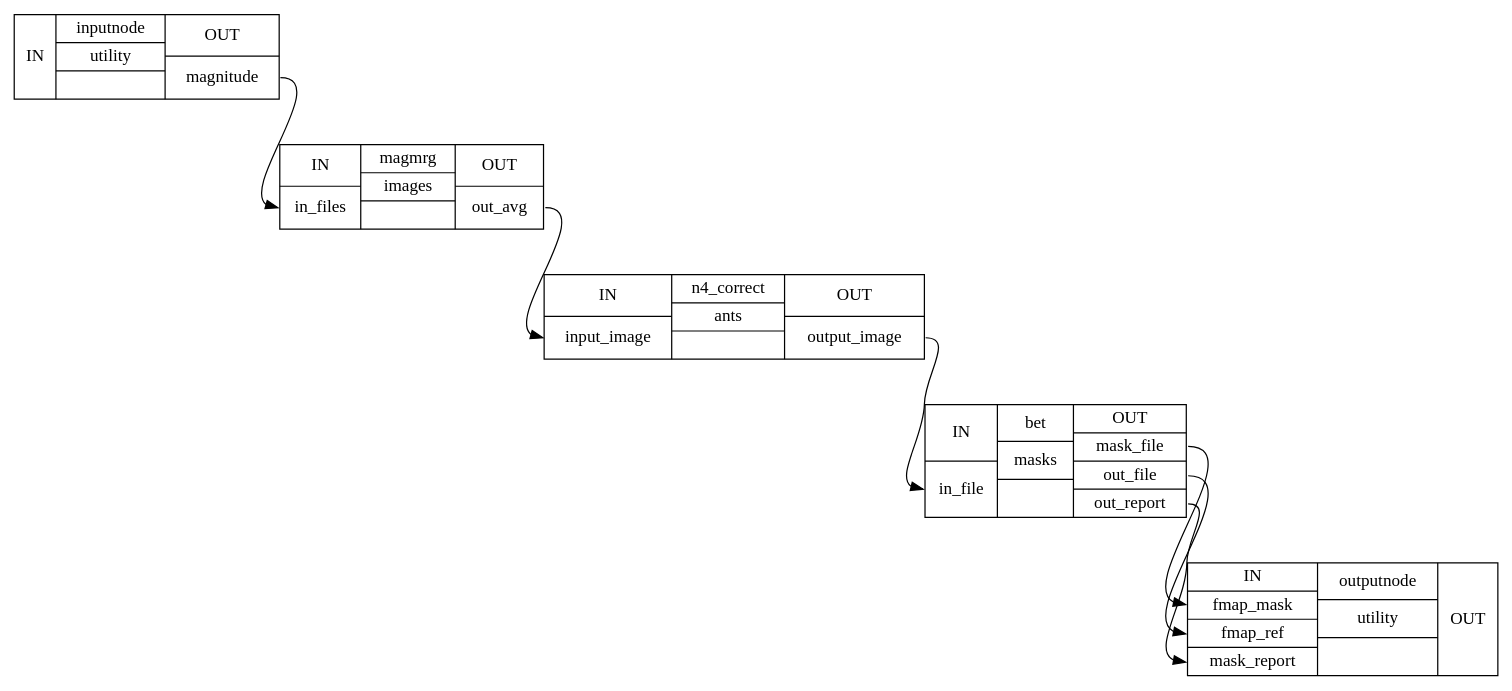
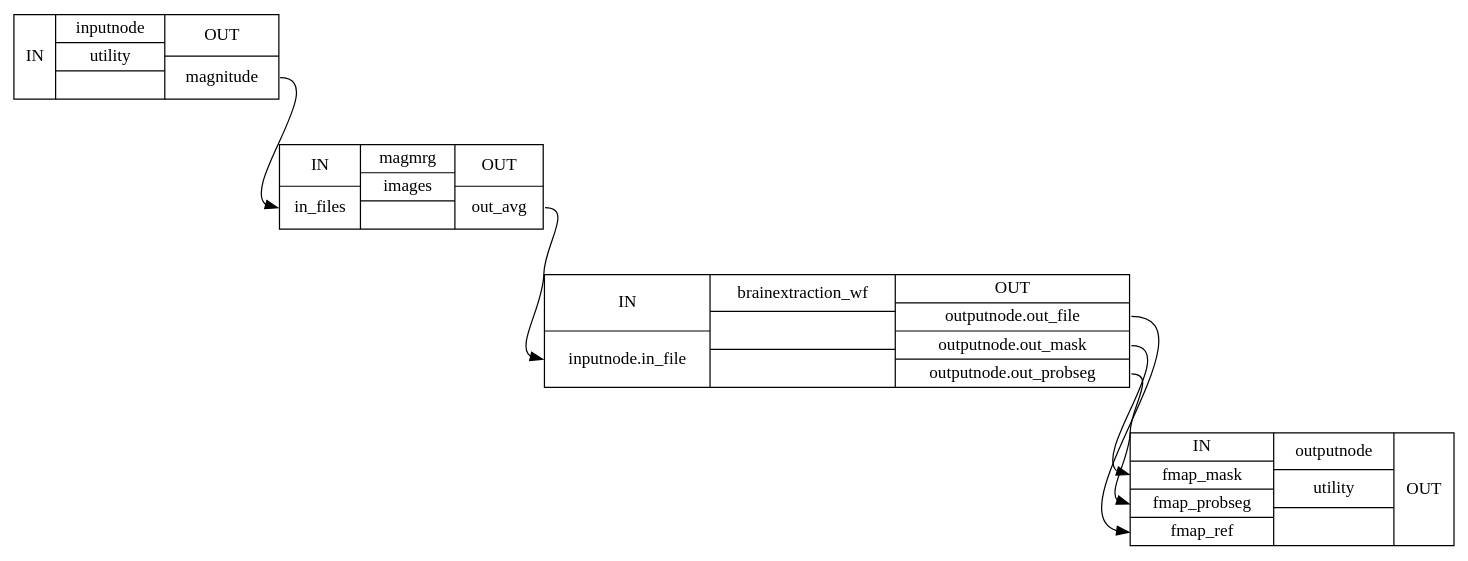
Before and after one commit to wayne009007/sdcflows: the diagram in 2.0.0rc4/wf_directive/api/magnitude_wf/sdcflows-workflows-fit-fieldmap-2_detailed.dot, drawn with Graphviz. The commit also changed 3168 other files, not shown here.

```diff
--- a/2.0.0rc4/wf_directive/api/magnitude_wf/sdcflows-workflows-fit-fieldmap-2_detailed.dot
+++ b/2.0.0rc4/wf_directive/api/magnitude_wf/sdcflows-workflows-fit-fieldmap-2_detailed.dot
@@ -1,14 +1,12 @@
 digraph structs {
 node [shape=record];
 magnitude_wfinputnode [label="{IN}|{ inputnode | utility |  }|{OUT|<outmagnitude> magnitude}"];
 magnitude_wfmagmrg [label="{IN|<ininfiles> in_files}|{ magmrg | images |  }|{OUT|<outoutavg> out_avg}"];
-magnitude_wfn4_correct [label="{IN|<ininputimage> input_image}|{ n4_correct | ants |  }|{OUT|<outoutputimage> output_image}"];
-magnitude_wfbet [label="{IN|<ininfile> in_file}|{ bet | masks |  }|{OUT|<outmaskfile> mask_file|<outoutfile> out_file|<outoutreport> out_report}"];
-magnitude_wfoutputnode [label="{IN|<infmapmask> fmap_mask|<infmapref> fmap_ref|<inmaskreport> mask_report}|{ outputnode | utility |  }|{OUT}"];
-magnitude_wfbet:outmaskfile:e -> magnitude_wfoutputnode:infmapmask:w;
-magnitude_wfbet:outoutfile:e -> magnitude_wfoutputnode:infmapref:w;
-magnitude_wfbet:outoutreport:e -> magnitude_wfoutputnode:inmaskreport:w;
+magnitude_wfbrainextraction_wf [label="{IN|<ininputnodeinfile> inputnode.in_file}|{ brainextraction_wf |  |  }|{OUT|<outoutputnodeoutfile> outputnode.out_file|<outoutputnodeoutmask> outputnode.out_mask|<outoutputnodeoutprobseg> outputnode.out_probseg}"];
+magnitude_wfoutputnode [label="{IN|<infmapmask> fmap_mask|<infmapprobseg> fmap_probseg|<infmapref> fmap_ref}|{ outputnode | utility |  }|{OUT}"];
+magnitude_wfbrainextraction_wf:outoutputnodeoutfile:e -> magnitude_wfoutputnode:infmapref:w;
+magnitude_wfbrainextraction_wf:outoutputnodeoutmask:e -> magnitude_wfoutputnode:infmapmask:w;
+magnitude_wfbrainextraction_wf:outoutputnodeoutprobseg:e -> magnitude_wfoutputnode:infmapprobseg:w;
 magnitude_wfinputnode:outmagnitude:e -> magnitude_wfmagmrg:ininfiles:w;
-magnitude_wfmagmrg:outoutavg:e -> magnitude_wfn4_correct:ininputimage:w;
-magnitude_wfn4_correct:outoutputimage:e -> magnitude_wfbet:ininfile:w;
+magnitude_wfmagmrg:outoutavg:e -> magnitude_wfbrainextraction_wf:ininputnodeinfile:w;
 }
```
